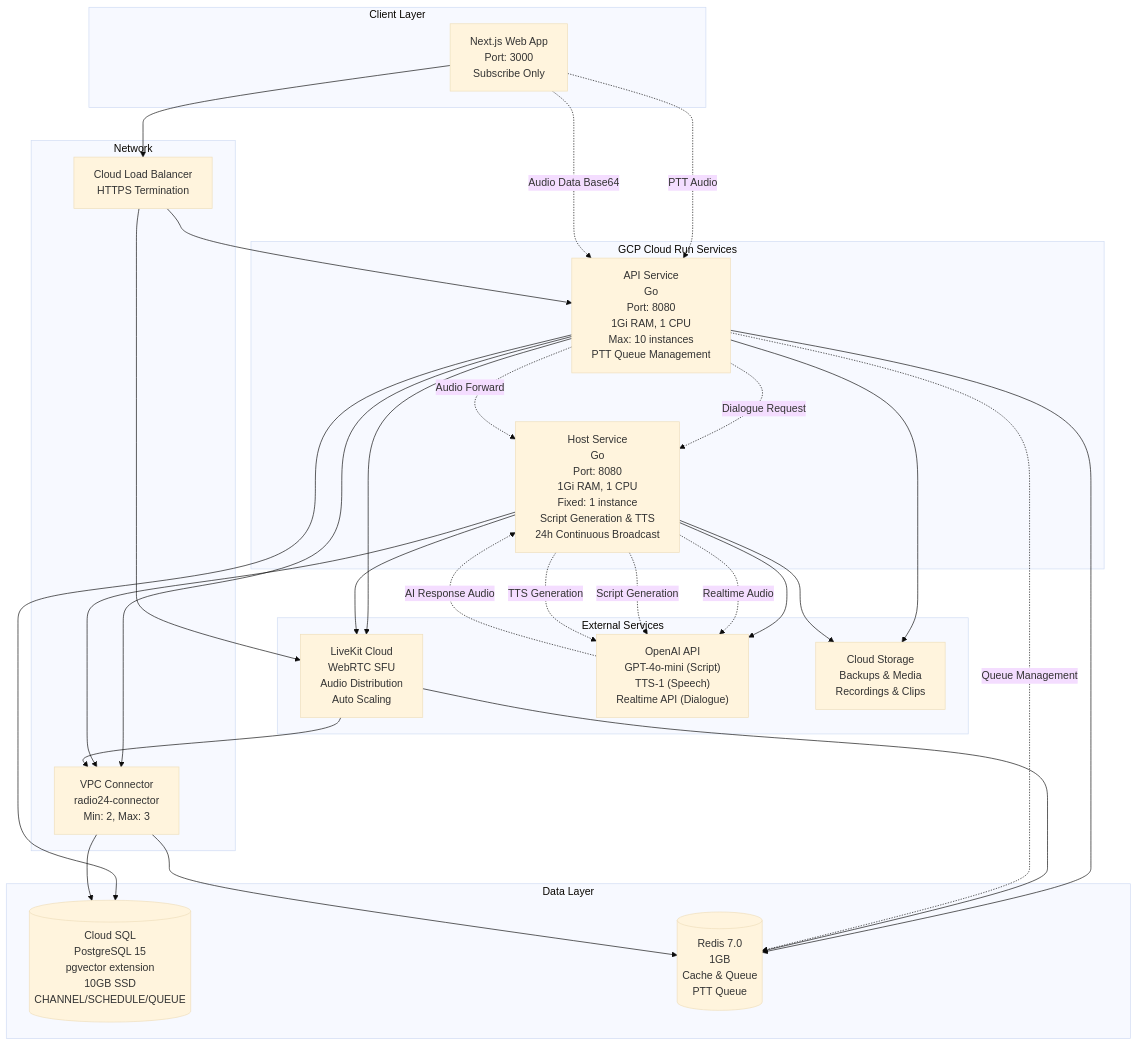
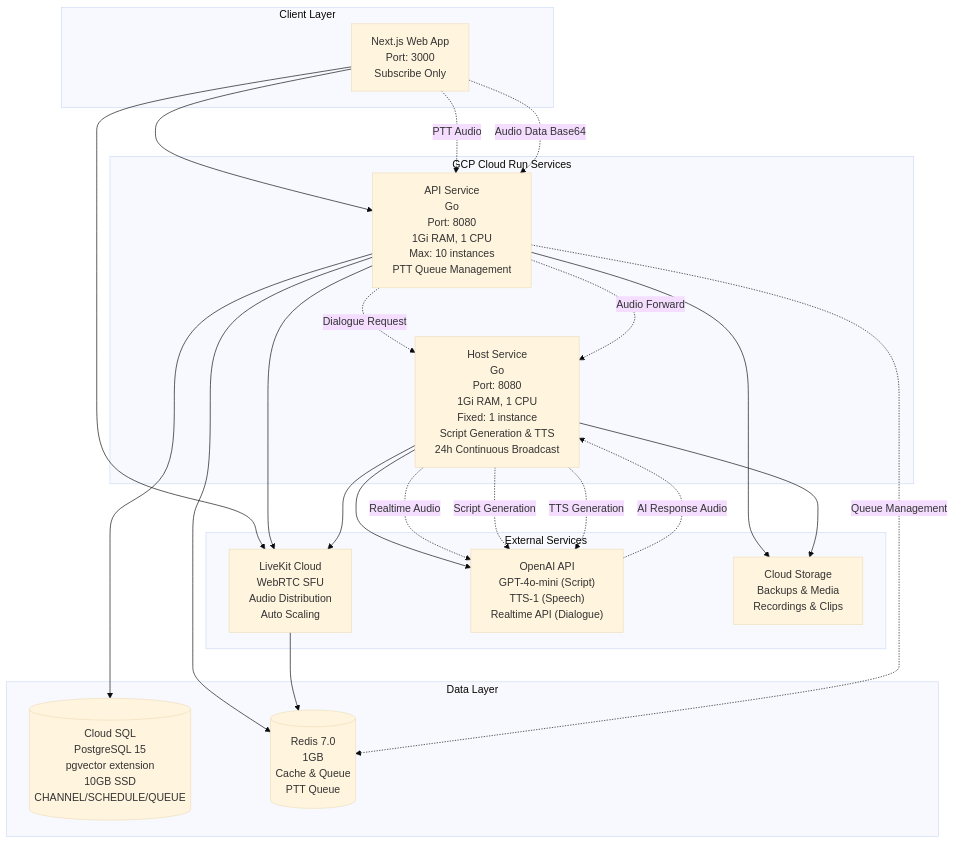
Before and after one commit to IzmYuta/Hacz_Ichthyo: the first of 3 diagrams in docs/architecture-diagram.md, drawn with Mermaid (base theme). The commit also changed 1 other file, not shown here.

Commit message:
アーキテクチャ図からネットワーク構成を削除し、クライアント接続のフローを簡素化しました。また、インフラストラクチャドキュメントからVPC Connectorに関する情報を削除し、セキュリティセクションを整理しました。

````diff
--- a/docs/architecture-diagram.md
+++ b/docs/architecture-diagram.md
@@ -5,64 +5,53 @@
 ```mermaid
 graph TB
     subgraph "Client Layer"
         WEB["Next.js Web App<br/>Port: 3000<br/>Subscribe Only"]
     end
     
     subgraph "GCP Cloud Run Services"
         API["API Service<br/>Go<br/>Port: 8080<br/>1Gi RAM, 1 CPU<br/>Max: 10 instances<br/>PTT Queue Management"]
         HOST["Host Service<br/>Go<br/>Port: 8080<br/>1Gi RAM, 1 CPU<br/>Fixed: 1 instance<br/>Script Generation & TTS<br/>24h Continuous Broadcast"]
     end
     
     subgraph "Data Layer"
         DB[("Cloud SQL<br/>PostgreSQL 15<br/>pgvector extension<br/>10GB SSD<br/>CHANNEL/SCHEDULE/QUEUE")]
         REDIS[("Redis 7.0<br/>1GB<br/>Cache & Queue<br/>PTT Queue")]
     end
     
     subgraph "External Services"
         LIVEKIT["LiveKit Cloud<br/>WebRTC SFU<br/>Audio Distribution<br/>Auto Scaling"]
         OPENAI["OpenAI API<br/>GPT-4o-mini (Script)<br/>TTS-1 (Speech)<br/>Realtime API (Dialogue)"]
         STORAGE["Cloud Storage<br/>Backups & Media<br/>Recordings & Clips"]
     end
     
-    subgraph "Network"
-        VPC["VPC Connector<br/>radio24-connector<br/>Min: 2, Max: 3"]
-        LB["Cloud Load Balancer<br/>HTTPS Termination"]
-    end
     
     %% Client connections (Subscribe Only)
-    WEB --> LB
-    LB --> LIVEKIT
-    LB --> API
+    WEB --> LIVEKIT
+    WEB --> API
     
     %% Service connections
     API --> DB
     API --> REDIS
     API --> LIVEKIT
     HOST --> LIVEKIT
     HOST --> OPENAI
     LIVEKIT --> REDIS
     
     %% PTT Flow (Dialogue Mode)
     WEB -.->|PTT Audio| API
     API -.->|Queue Management| REDIS
     API -.->|Dialogue Request| HOST
     WEB -.->|Audio Data Base64| API
     API -.->|Audio Forward| HOST
     HOST -.->|Realtime Audio| OPENAI
     OPENAI -.->|AI Response Audio| HOST
     
     %% Script Generation Flow
     HOST -.->|Script Generation| OPENAI
     HOST -.->|TTS Generation| OPENAI
     
     %% Data connections
     API --> STORAGE
     HOST --> STORAGE
     
-    %% Network connections
-    API --> VPC
-    HOST --> VPC
-    LIVEKIT --> VPC
-    VPC --> DB
-    VPC --> REDIS
 ```
````
